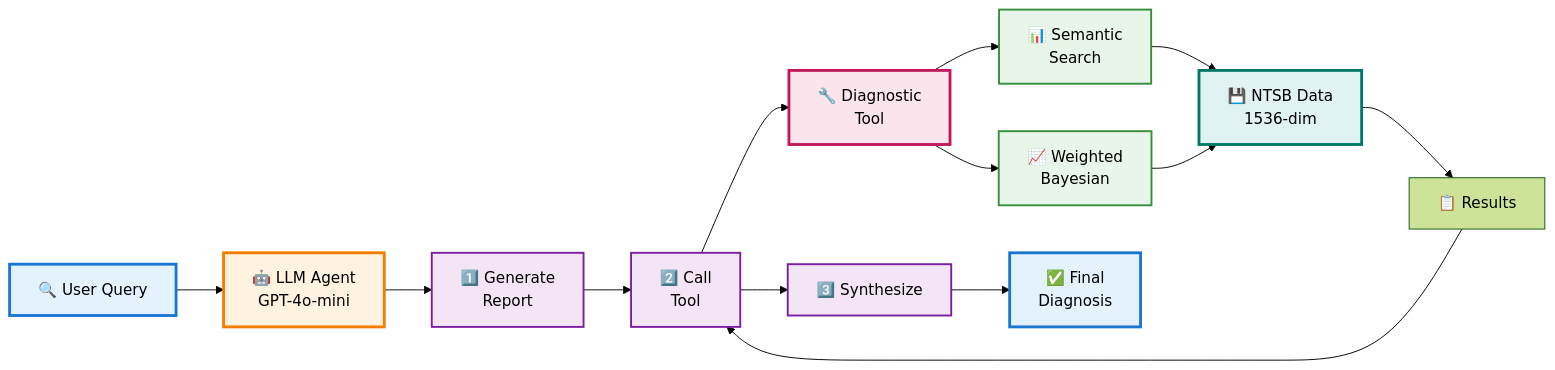
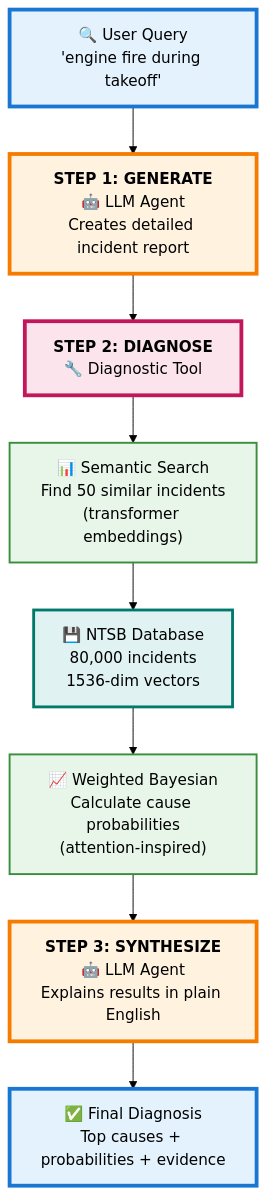
Before and after one commit to Kshetkar1/NTSB-aviation-diagnosis-Transformers-Project: the first of 2 diagrams in README_PRESENTATION.md, drawn with Mermaid (forest theme). The commit also changed other lines of this file, not shown here.

````diff
--- a/README_PRESENTATION.md
+++ b/README_PRESENTATION.md
@@ -28,30 +30,25 @@
 ```mermaid
-graph LR
-    A["🔍 User Query"] --> B["🤖 LLM Agent<br/>GPT-4o-mini"]
+graph TD
+    Query["🔍 User Query<br/>'engine fire during takeoff'"]
 
-    B --> C["1️⃣ Generate<br/>Report"]
-    C --> D["2️⃣ Call<br/>Tool"]
-    D --> E["🔧 Diagnostic<br/>Tool"]
+    Query --> Step1["<b>STEP 1: GENERATE</b><br/>🤖 LLM Agent<br/>Creates detailed incident report"]
 
-    E --> F["📊 Semantic<br/>Search"]
-    E --> G["📈 Weighted<br/>Bayesian"]
+    Step1 --> Step2["<b>STEP 2: DIAGNOSE</b><br/>🔧 Diagnostic Tool"]
 
-    F --> H["💾 NTSB Data<br/>1536-dim"]
-    G --> H
+    Step2 --> Search["📊 Semantic Search<br/>Find 50 similar incidents<br/>(transformer embeddings)"]
+    Search --> Data["💾 NTSB Database<br/>80,000 incidents<br/>1536-dim vectors"]
+    Data --> Bayes["📈 Weighted Bayesian<br/>Calculate cause probabilities<br/>(attention-inspired)"]
 
-    H --> I["📋 Results"]
-    I --> D
-    D --> J["3️⃣ Synthesize"]
-    J --> K["✅ Final<br/>Diagnosis"]
+    Bayes --> Step3["<b>STEP 3: SYNTHESIZE</b><br/>🤖 LLM Agent<br/>Explains results in plain English"]
 
-    style A fill:#e3f2fd,stroke:#1976d2,stroke-width:3px
-    style B fill:#fff3e0,stroke:#f57c00,stroke-width:3px
-    style C fill:#f3e5f5,stroke:#7b1fa2,stroke-width:2px
-    style D fill:#f3e5f5,stroke:#7b1fa2,stroke-width:2px
-    style E fill:#fce4ec,stroke:#c2185b,stroke-width:3px
-    style F fill:#e8f5e9,stroke:#388e3c,stroke-width:2px
-    style G fill:#e8f5e9,stroke:#388e3c,stroke-width:2px
-    style H fill:#e0f2f1,stroke:#00796b,stroke-width:3px
-    style J fill:#f3e5f5,stroke:#7b1fa2,stroke-width:2px
-    style K fill:#e3f2fd,stroke:#1976d2,stroke-width:3px
+    Step3 --> Output["✅ Final Diagnosis<br/>Top causes + probabilities + evidence"]
+
+    style Query fill:#e3f2fd,stroke:#1976d2,stroke-width:4px
+    style Step1 fill:#fff3e0,stroke:#f57c00,stroke-width:4px
+    style Step2 fill:#fce4ec,stroke:#c2185b,stroke-width:4px
+    style Step3 fill:#fff3e0,stroke:#f57c00,stroke-width:4px
+    style Search fill:#e8f5e9,stroke:#388e3c,stroke-width:2px
+    style Data fill:#e0f2f1,stroke:#00796b,stroke-width:3px
+    style Bayes fill:#e8f5e9,stroke:#388e3c,stroke-width:2px
+    style Output fill:#e3f2fd,stroke:#1976d2,stroke-width:4px
 ```
````
